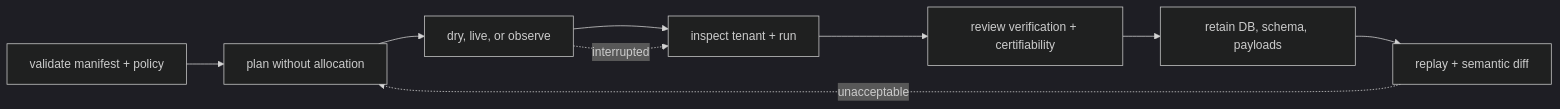
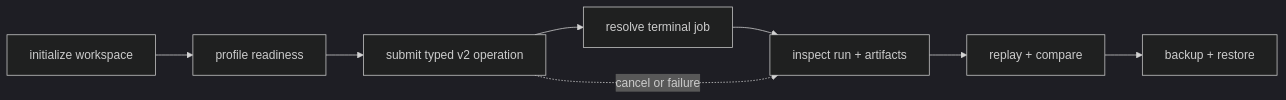
Before and after one commit to bijux/bijux-canon: the diagram in docs/06-bijux-canon-runtime/operations/index.md, drawn with Mermaid (dark theme). The commit also changed other lines of this file and 13 other files, not shown here.

````diff
--- a/docs/06-bijux-canon-runtime/operations/index.md
+++ b/docs/06-bijux-canon-runtime/operations/index.md
@@ -19,14 +18,13 @@
 ```mermaid
 flowchart LR
-    validate["validate manifest + policy"]
-    plan["plan without allocation"]
-    execute["dry, live, or observe"]
-    inspect["inspect tenant + run"]
-    accept["review verification + certifiability"]
-    retain["retain DB, schema, payloads"]
-    replay["replay + semantic diff"]
+    init["initialize workspace"]
+    ready["profile readiness"]
+    submit["submit typed v2 operation"]
+    result["resolve terminal job"]
+    inspect["inspect run + artifacts"]
+    replay["replay + compare"]
+    recover["backup + restore"]
 
-    validate --> plan --> execute --> inspect --> accept --> retain --> replay
-    execute -. interrupted .-> inspect
-    replay -. unacceptable .-> plan
+    init --> ready --> submit --> result --> inspect --> replay --> recover
+    submit -. cancel or failure .-> inspect
 ```
````
